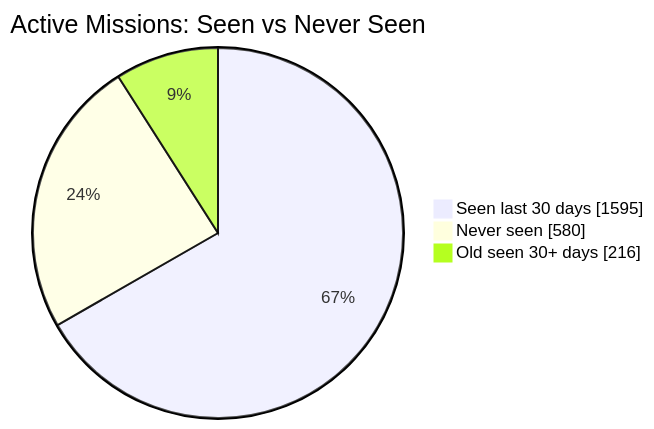
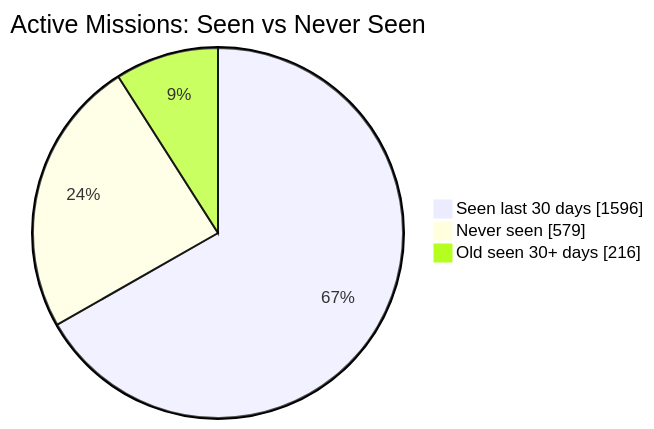
The first of 2 diagrams in README.md (MeldkamerspelGameTeam/active-missions), drawn with Mermaid before and after one commit. The commit also changed other lines of this file and 3 other files, not shown here.

````diff
--- a/README.md
+++ b/README.md
@@ -34,7 +34,7 @@
 ```mermaid
 pie showData
     title Active Missions: Seen vs Never Seen
-    "Seen last 30 days" : 1595
-    "Never seen" : 580
+    "Seen last 30 days" : 1596
+    "Never seen" : 579
     "Old seen 30+ days" : 216
 ```
````
